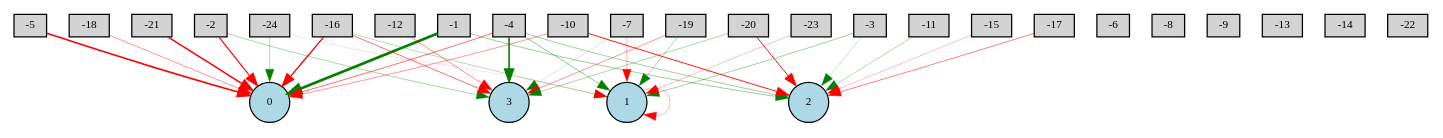
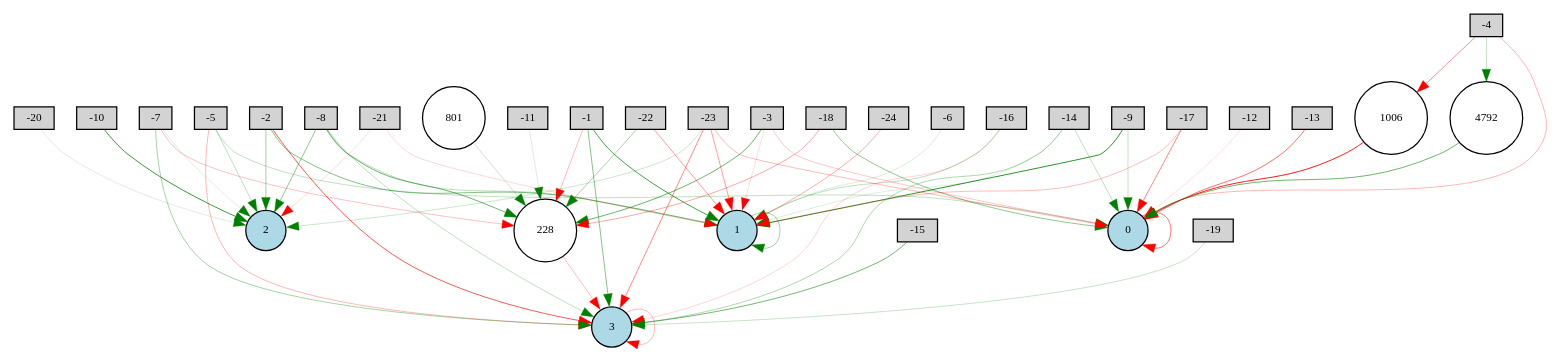
One commit to yoshinobc/EA changed the diagram in experiment/Bipedalwalker/neat/100net-enabled.gv. Above: the diagram before and after it, drawn with Graphviz. The commit also changed 277 other files, not shown here.

```diff
--- a/experiment/Bipedalwalker/neat/100net-enabled.gv
+++ b/experiment/Bipedalwalker/neat/100net-enabled.gv
@@ -1,63 +1,92 @@
 digraph {
 	node [fontsize=9 height=0.2 shape=circle width=0.2]
 	-1 [fillcolor=lightgray shape=box style=filled]
 	-2 [fillcolor=lightgray shape=box style=filled]
 	-3 [fillcolor=lightgray shape=box style=filled]
 	-4 [fillcolor=lightgray shape=box style=filled]
 	-5 [fillcolor=lightgray shape=box style=filled]
 	-6 [fillcolor=lightgray shape=box style=filled]
 	-7 [fillcolor=lightgray shape=box style=filled]
 	-8 [fillcolor=lightgray shape=box style=filled]
 	-9 [fillcolor=lightgray shape=box style=filled]
 	-10 [fillcolor=lightgray shape=box style=filled]
 	-11 [fillcolor=lightgray shape=box style=filled]
 	-12 [fillcolor=lightgray shape=box style=filled]
 	-13 [fillcolor=lightgray shape=box style=filled]
 	-14 [fillcolor=lightgray shape=box style=filled]
 	-15 [fillcolor=lightgray shape=box style=filled]
 	-16 [fillcolor=lightgray shape=box style=filled]
 	-17 [fillcolor=lightgray shape=box style=filled]
 	-18 [fillcolor=lightgray shape=box style=filled]
 	-19 [fillcolor=lightgray shape=box style=filled]
 	-20 [fillcolor=lightgray shape=box style=filled]
 	-21 [fillcolor=lightgray shape=box style=filled]
 	-22 [fillcolor=lightgray shape=box style=filled]
 	-23 [fillcolor=lightgray shape=box style=filled]
 	-24 [fillcolor=lightgray shape=box style=filled]
 	0 [fillcolor=lightblue style=filled]
 	1 [fillcolor=lightblue style=filled]
 	2 [fillcolor=lightblue style=filled]
 	3 [fillcolor=lightblue style=filled]
-	-20 -> 2 [color=red penwidth=0.7570381104078457 style=solid]
-	-10 -> 2 [color=red penwidth=0.7209137553633601 style=solid]
-	-2 -> 0 [color=red penwidth=0.9160480672090922 style=solid]
-	-19 -> 3 [color=red penwidth=0.33993559053003786 style=solid]
-	-24 -> 1 [color=red penwidth=0.1015977088187262 style=solid]
-	-16 -> 3 [color=red penwidth=0.45637191356472084 style=solid]
-	-15 -> 2 [color=red penwidth=0.2054206343882954 style=solid]
-	-4 -> 2 [color=green penwidth=0.2983727476227753 style=solid]
-	-20 -> 3 [color=green penwidth=0.25897360437557215 style=solid]
-	-1 -> 0 [color=green penwidth=2.1179642034204518 style=solid]
-	-4 -> 3 [color=green penwidth=1.278383120648178 style=solid]
-	-21 -> 0 [color=red penwidth=1.1729881231607344 style=solid]
-	-16 -> 0 [color=red penwidth=1.0325837123930452 style=solid]
-	-3 -> 2 [color=green penwidth=0.17538159233219042 style=solid]
-	-7 -> 3 [color=green penwidth=0.14296642107457586 style=solid]
-	1 -> 1 [color=red penwidth=0.23771210835931694 style=solid]
-	-18 -> 0 [color=red penwidth=0.3439504891756563 style=solid]
-	-5 -> 0 [color=red penwidth=1.251604274584908 style=solid]
-	-19 -> 1 [color=green penwidth=0.26909547561798175 style=solid]
-	-17 -> 2 [color=red penwidth=0.39652727891660033 style=solid]
-	-1 -> 2 [color=green penwidth=0.31109133008821077 style=solid]
-	-16 -> 1 [color=green penwidth=0.22506024793057444 style=solid]
-	-3 -> 1 [color=green penwidth=0.2861763506638191 style=solid]
-	-4 -> 0 [color=red penwidth=0.4597640033927959 style=solid]
-	-23 -> 1 [color=red penwidth=0.2134105760890886 style=solid]
-	-12 -> 3 [color=red penwidth=0.3693398580377196 style=solid]
-	-2 -> 3 [color=green penwidth=0.2745127161733996 style=solid]
-	-24 -> 0 [color=green penwidth=0.2540651520382222 style=solid]
-	-11 -> 2 [color=green penwidth=0.23690103743847873 style=solid]
-	-10 -> 0 [color=red penwidth=0.3263682630172726 style=solid]
-	-4 -> 1 [color=green penwidth=0.34774035470370446 style=solid]
-	-7 -> 1 [color=red penwidth=0.22564751224102975 style=solid]
+	228 [fillcolor=white style=filled]
+	801 [fillcolor=white style=filled]
+	1006 [fillcolor=white style=filled]
+	4792 [fillcolor=white style=filled]
+	-20 -> 2 [color=green penwidth=0.10514404063289327 style=solid]
+	-23 -> 0 [color=red penwidth=0.22309356606591063 style=solid]
+	-10 -> 2 [color=green penwidth=0.6249884054663664 style=solid]
+	-19 -> 3 [color=green penwidth=0.17710526612302563 style=solid]
+	-24 -> 1 [color=red penwidth=0.2622876859861853 style=solid]
+	-1 -> 1 [color=green penwidth=0.5774289785202009 style=solid]
+	-16 -> 3 [color=red penwidth=0.13946451582360886 style=solid]
+	-12 -> 0 [color=red penwidth=0.106208789328486 style=solid]
+	-21 -> 1 [color=red penwidth=0.1278044927103825 style=solid]
+	-8 -> 1 [color=green penwidth=0.21041531207553743 style=solid]
+	-14 -> 3 [color=green penwidth=0.25141333930851717 style=solid]
+	-9 -> 1 [color=green penwidth=0.668023489081704 style=solid]
+	-2 -> 1 [color=green penwidth=0.3927373057603458 style=solid]
+	3 -> 3 [color=red penwidth=0.22247131976459655 style=solid]
+	-2 -> 3 [color=red penwidth=0.5197743086414995 style=solid]
+	-23 -> 3 [color=red penwidth=0.3657633116295398 style=solid]
+	-8 -> 2 [color=green penwidth=0.3614422536856987 style=solid]
+	-22 -> 1 [color=red penwidth=0.314126369854332 style=solid]
+	-18 -> 228 [color=red penwidth=0.27731127028111324 style=solid]
+	-7 -> 3 [color=green penwidth=0.28280102934093715 style=solid]
+	1 -> 1 [color=green penwidth=0.29060397534630134 style=solid]
+	-18 -> 0 [color=green penwidth=0.3533072926177636 style=solid]
+	-5 -> 0 [color=green penwidth=0.20017004715064857 style=solid]
+	0 -> 0 [color=red penwidth=0.4323292682881057 style=solid]
+	-22 -> 228 [color=green penwidth=0.2775156350507038 style=solid]
+	-23 -> 2 [color=green penwidth=0.15939670893852081 style=solid]
+	-17 -> 0 [color=red penwidth=0.38231733295535353 style=solid]
+	-2 -> 2 [color=green penwidth=0.2964277030373099 style=solid]
+	801 -> 228 [color=green penwidth=0.1668357076489651 style=solid]
+	-8 -> 228 [color=green penwidth=0.4577936920154373 style=solid]
+	-16 -> 1 [color=green penwidth=0.20589875325096013 style=solid]
+	-3 -> 1 [color=red penwidth=0.11857982945627912 style=solid]
+	-11 -> 228 [color=green penwidth=0.11660066507345021 style=solid]
+	-9 -> 0 [color=green penwidth=0.1908448559190612 style=solid]
+	228 -> 3 [color=red penwidth=0.20609181210873845 style=solid]
+	-4 -> 0 [color=red penwidth=0.2259686376667647 style=solid]
+	-7 -> 2 [color=green penwidth=0.1119306390091128 style=solid]
+	-1 -> 228 [color=red penwidth=0.22308936610265376 style=solid]
+	-3 -> 228 [color=green penwidth=0.4669151098511293 style=solid]
+	-5 -> 3 [color=red penwidth=0.22778392082302287 style=solid]
+	-4 -> 4792 [color=green penwidth=0.20231301134446 style=solid]
+	-14 -> 0 [color=green penwidth=0.20433661368619582 style=solid]
+	-6 -> 1 [color=green penwidth=0.1189848699620343 style=solid]
+	4792 -> 0 [color=green penwidth=0.4597194870467337 style=solid]
+	-23 -> 1 [color=red penwidth=0.3107445005686307 style=solid]
+	-7 -> 228 [color=red penwidth=0.2046792482730485 style=solid]
+	-1 -> 3 [color=green penwidth=0.37802995698929664 style=solid]
+	-21 -> 2 [color=red penwidth=0.10950242427323309 style=solid]
+	-8 -> 3 [color=green penwidth=0.19895137188914525 style=solid]
+	-3 -> 0 [color=red penwidth=0.18226788239277641 style=solid]
+	-17 -> 1 [color=red penwidth=0.20817064640748753 style=solid]
+	-15 -> 3 [color=green penwidth=0.4375546779572641 style=solid]
+	1006 -> 0 [color=red penwidth=0.7144180492998737 style=solid]
+	-13 -> 0 [color=red penwidth=0.4647991541061993 style=solid]
+	-5 -> 2 [color=green penwidth=0.19807631680250884 style=solid]
+	-14 -> 1 [color=green penwidth=0.11352097949120102 style=solid]
+	-4 -> 1006 [color=red penwidth=0.3383825912496855 style=solid]
 }
```
